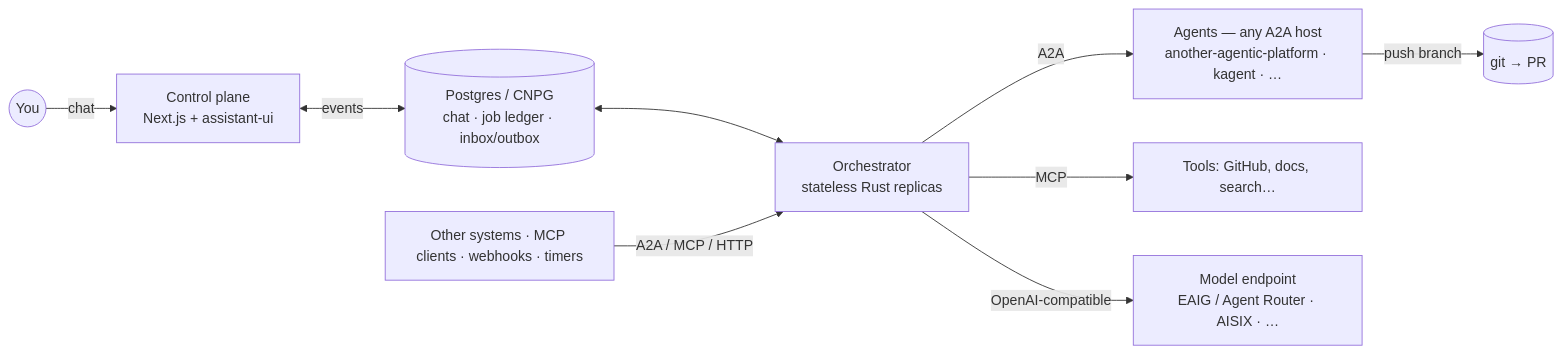
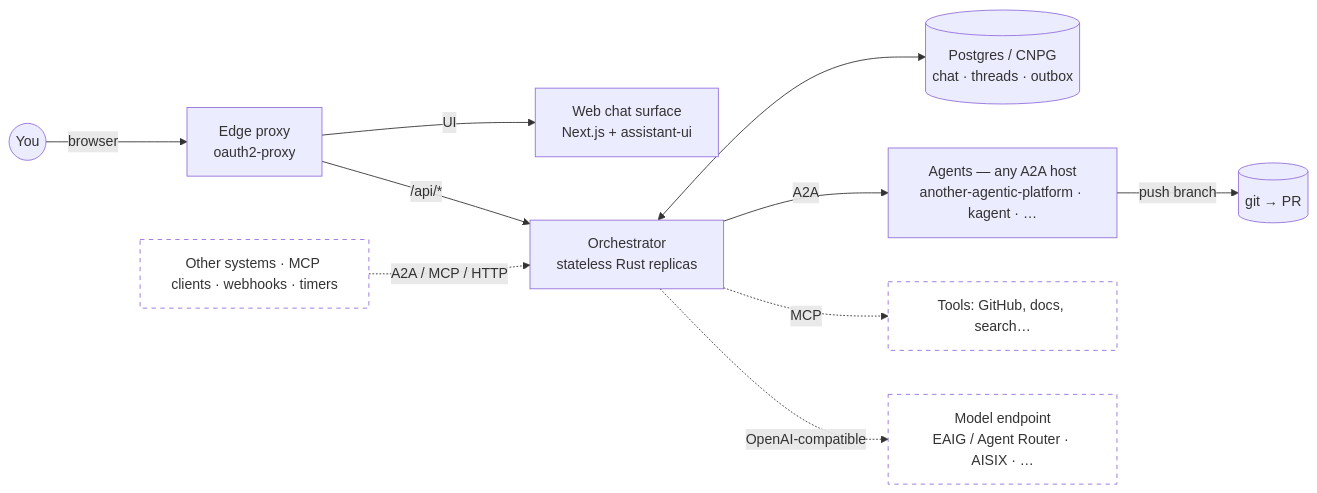
The diagram in README.md (vymalo/another-agentic-system), drawn with Mermaid before and after one commit. The commit also changed other lines of this file and 6 other files, not shown here.

First line of the commit message:
docs: as-built architecture and crate map with Mermaid diagrams (#27)

````diff
--- a/README.md
+++ b/README.md
@@ -20,11 +21,13 @@
 ```mermaid
 flowchart LR
-  you((You)) -- chat --> cp[Control plane<br/>Next.js + assistant-ui]
-  cp <-- events --> db[(Postgres / CNPG<br/>chat · job ledger · inbox/outbox)]
-  db <--> orch[Orchestrator<br/>stateless Rust replicas]
-  ext[Other systems · MCP clients · webhooks · timers] -- A2A / MCP / HTTP --> orch
+  you((You)) -- browser --> edge[Edge proxy<br/>oauth2-proxy]
+  edge -- UI --> cp[Web chat surface<br/>Next.js + assistant-ui]
+  edge -- "/api/*" --> orch[Orchestrator<br/>stateless Rust replicas]
+  orch <--> db[(Postgres / CNPG<br/>chat · threads · outbox)]
   orch -- A2A --> agents[Agents — any A2A host<br/>another-agentic-platform · kagent · …]
-  orch -- MCP --> tools[Tools: GitHub, docs, search…]
-  orch -- OpenAI-compatible --> gw[Model endpoint<br/>EAIG / Agent Router · AISIX · …]
   agents -- push branch --> git[(git → PR)]
+  ext[Other systems · MCP clients · webhooks · timers]:::planned -. A2A / MCP / HTTP .-> orch
+  orch -. MCP .-> tools[Tools: GitHub, docs, search…]:::planned
+  orch -. OpenAI-compatible .-> gw[Model endpoint<br/>EAIG / Agent Router · AISIX · …]:::planned
+  classDef planned stroke-dasharray: 5 5,fill:none
 ```
````
